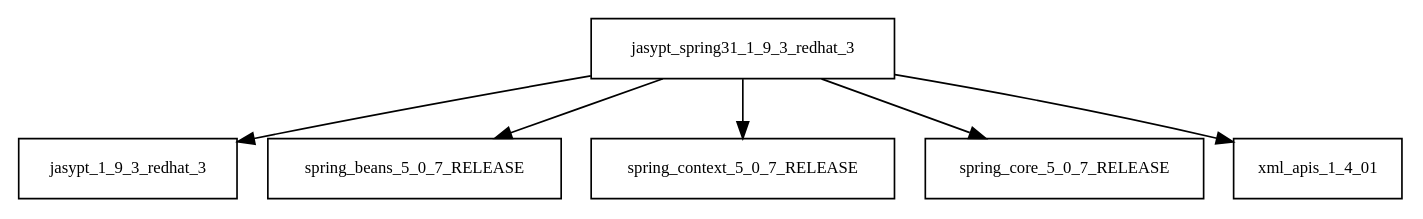
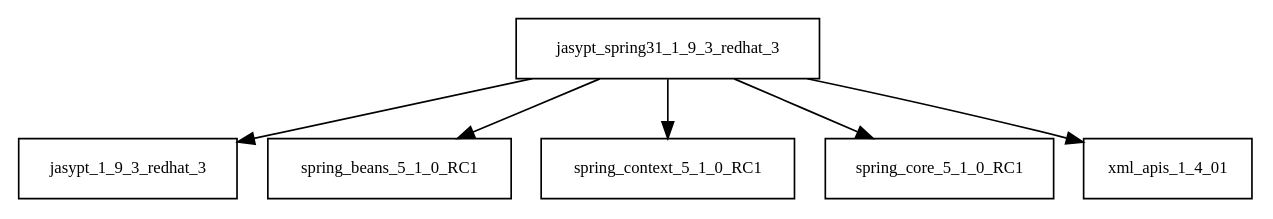
One commit to sjvs/cia changed the diagram in tattleTaleReport/graphviz/jasypt-spring31-1.9.3.redhat_3.jar/jasypt-spring31-1.9.3.redhat_3.jar.dot. Above: the diagram before and after it, drawn with Graphviz. The commit also changed 2737 other files, not shown here.

```diff
--- a/tattleTaleReport/graphviz/jasypt-spring31-1.9.3.redhat_3.jar/jasypt-spring31-1.9.3.redhat_3.jar.dot
+++ b/tattleTaleReport/graphviz/jasypt-spring31-1.9.3.redhat_3.jar/jasypt-spring31-1.9.3.redhat_3.jar.dot
@@ -1,8 +1,8 @@
 digraph jasypt_spring31_1_9_3_redhat_3_dependencies {
   node [shape = box, fontsize=10.0];
   jasypt_spring31_1_9_3_redhat_3 -> jasypt_1_9_3_redhat_3;
-  jasypt_spring31_1_9_3_redhat_3 -> spring_beans_5_0_7_RELEASE;
-  jasypt_spring31_1_9_3_redhat_3 -> spring_context_5_0_7_RELEASE;
-  jasypt_spring31_1_9_3_redhat_3 -> spring_core_5_0_7_RELEASE;
+  jasypt_spring31_1_9_3_redhat_3 -> spring_beans_5_1_0_RC1;
+  jasypt_spring31_1_9_3_redhat_3 -> spring_context_5_1_0_RC1;
+  jasypt_spring31_1_9_3_redhat_3 -> spring_core_5_1_0_RC1;
   jasypt_spring31_1_9_3_redhat_3 -> xml_apis_1_4_01;
 }
```
